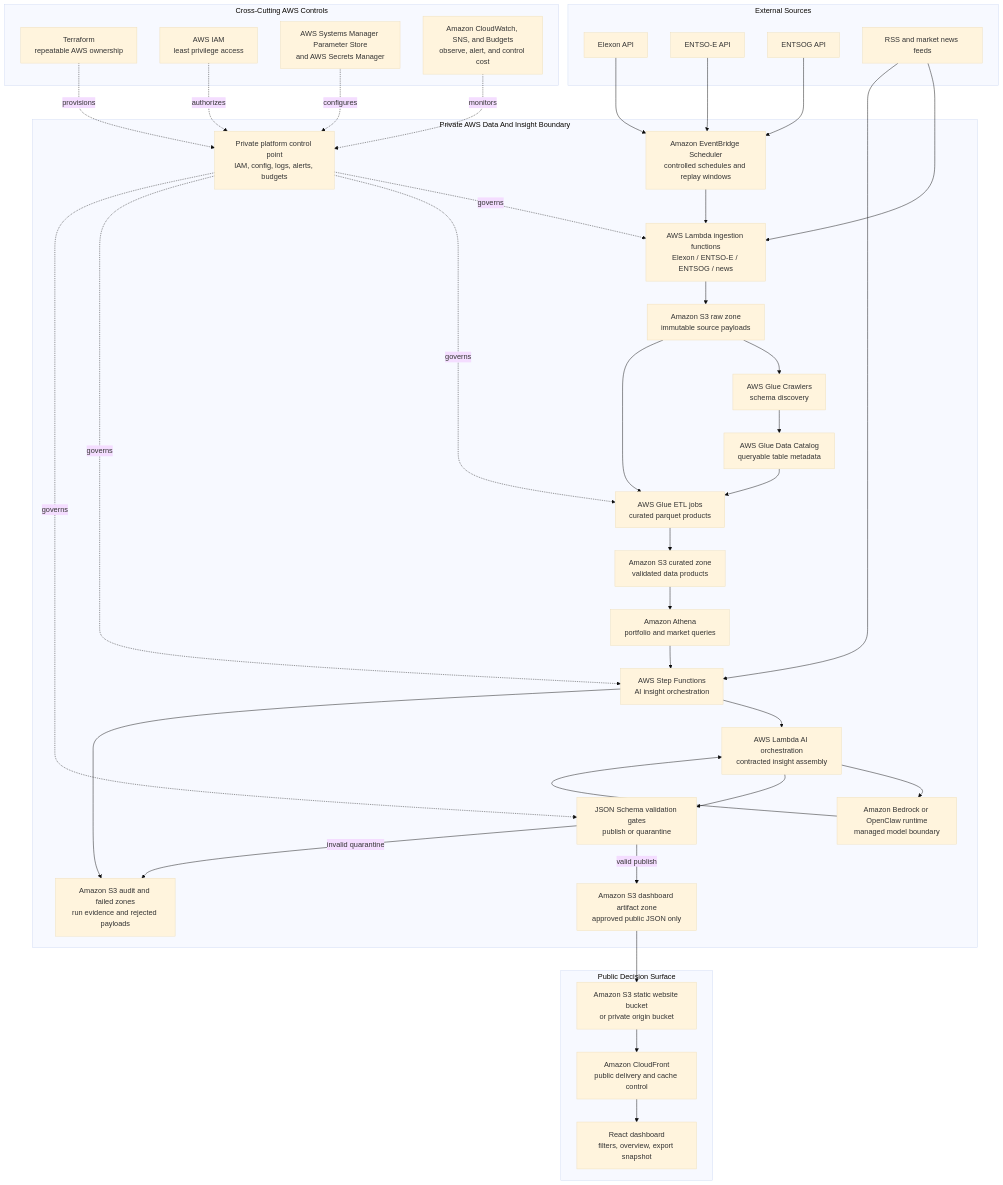
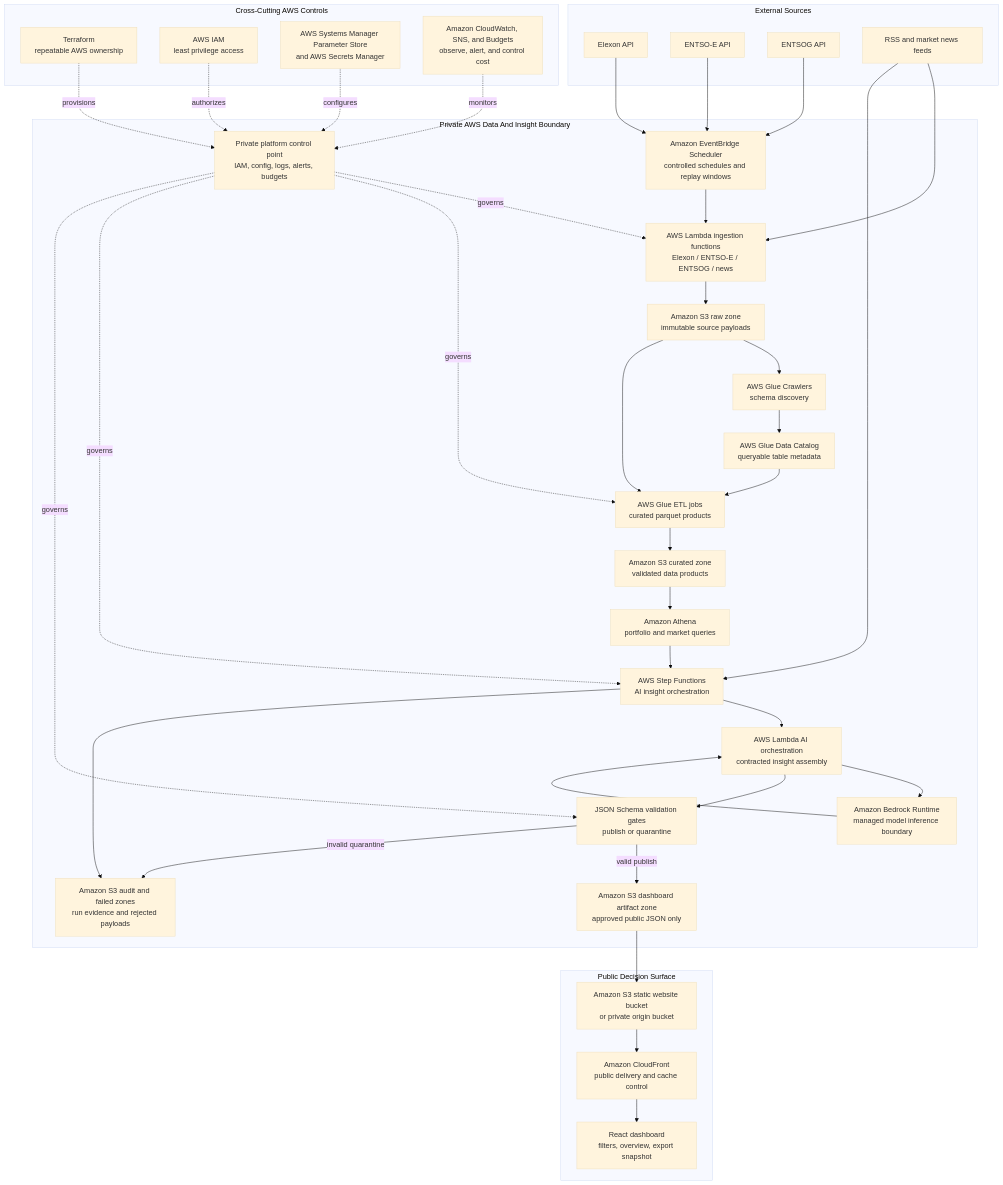
Before and after one commit to SholasSandbox/energy-market-data-lake: the diagram in diagrams/target-aws-service-architecture.mmd, drawn with Mermaid (base theme). The commit also changed 41 other files, not shown here.

Commit message:
feat: harden managed AI and publish interview architecture

```diff
--- a/diagrams/target-aws-service-architecture.mmd
+++ b/diagrams/target-aws-service-architecture.mmd
@@ -1,72 +1,72 @@
 flowchart TB
     subgraph External["External Sources"]
         Elexon["Elexon API"]
         Entsoe["ENTSO-E API"]
         Entsog["ENTSOG API"]
         News["RSS and market news feeds"]
     end
 
     subgraph AwsPrivate["Private AWS Data And Insight Boundary"]
         EventBridge["Amazon EventBridge Scheduler\ncontrolled schedules and replay windows"]
         IngestLambda["AWS Lambda ingestion functions\nElexon / ENTSO-E / ENTSOG / news"]
         RawS3["Amazon S3 raw zone\nimmutable source payloads"]
         GlueCrawler["AWS Glue Crawlers\nschema discovery"]
         GlueCatalog["AWS Glue Data Catalog\nqueryable table metadata"]
         GlueJobs["AWS Glue ETL jobs\ncurated parquet products"]
         CuratedS3["Amazon S3 curated zone\nvalidated data products"]
         Athena["Amazon Athena\nportfolio and market queries"]
         StepFunctions["AWS Step Functions\nAI insight orchestration"]
         InsightLambda["AWS Lambda AI orchestration\ncontracted insight assembly"]
-        ManagedAI["Amazon Bedrock or OpenClaw runtime\nmanaged model boundary"]
+        ManagedAI["Amazon Bedrock Runtime\nmanaged model inference boundary"]
         Validation["JSON Schema validation gates\npublish or quarantine"]
         AuditS3["Amazon S3 audit and failed zones\nrun evidence and rejected payloads"]
         DashboardS3["Amazon S3 dashboard artifact zone\napproved public JSON only"]
         ControlAnchor["Private platform control point\nIAM, config, logs, alerts, budgets"]
     end
 
     subgraph Public["Public Decision Surface"]
         PublicBucket["Amazon S3 static website bucket\nor private origin bucket"]
         CloudFront["Amazon CloudFront\npublic delivery and cache control"]
         Dashboard["React dashboard\nfilters, overview, export snapshot"]
     end
 
     subgraph Controls["Cross-Cutting AWS Controls"]
         Terraform["Terraform\nrepeatable AWS ownership"]
         IAM["AWS IAM\nleast privilege access"]
         Config["AWS Systems Manager Parameter Store\nand AWS Secrets Manager"]
         Observability["Amazon CloudWatch, SNS, and Budgets\nobserve, alert, and control cost"]
     end
 
     Elexon --> EventBridge
     Entsoe --> EventBridge
     Entsog --> EventBridge
     News --> IngestLambda
     EventBridge --> IngestLambda
     IngestLambda --> RawS3
     RawS3 --> GlueCrawler
     GlueCrawler --> GlueCatalog
     RawS3 --> GlueJobs
     GlueCatalog --> GlueJobs
     GlueJobs --> CuratedS3
     CuratedS3 --> Athena
     Athena --> StepFunctions
     News --> StepFunctions
     StepFunctions --> InsightLambda
     InsightLambda --> ManagedAI
     ManagedAI --> InsightLambda
     InsightLambda --> Validation
     Validation -->|valid publish| DashboardS3
     Validation -->|invalid quarantine| AuditS3
     StepFunctions --> AuditS3
     DashboardS3 --> PublicBucket
     PublicBucket --> CloudFront
     CloudFront --> Dashboard
 
     Terraform -. provisions .-> ControlAnchor
     IAM -. authorizes .-> ControlAnchor
     Config -. configures .-> ControlAnchor
     Observability -. monitors .-> ControlAnchor
     ControlAnchor -. governs .-> IngestLambda
     ControlAnchor -. governs .-> GlueJobs
     ControlAnchor -. governs .-> StepFunctions
     ControlAnchor -. governs .-> Validation
```
